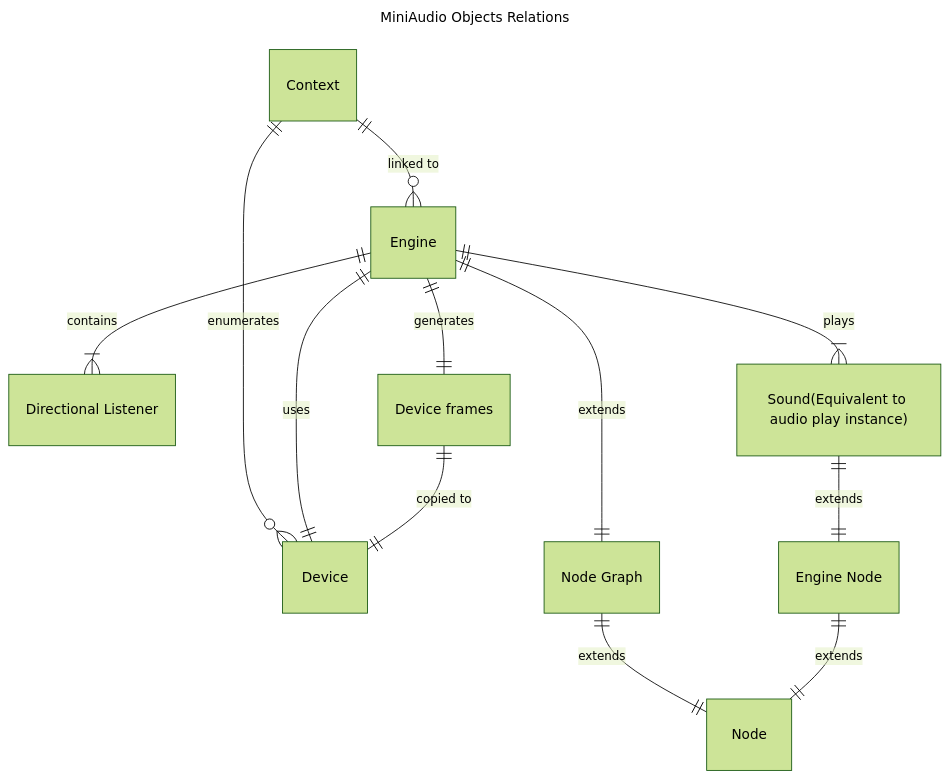
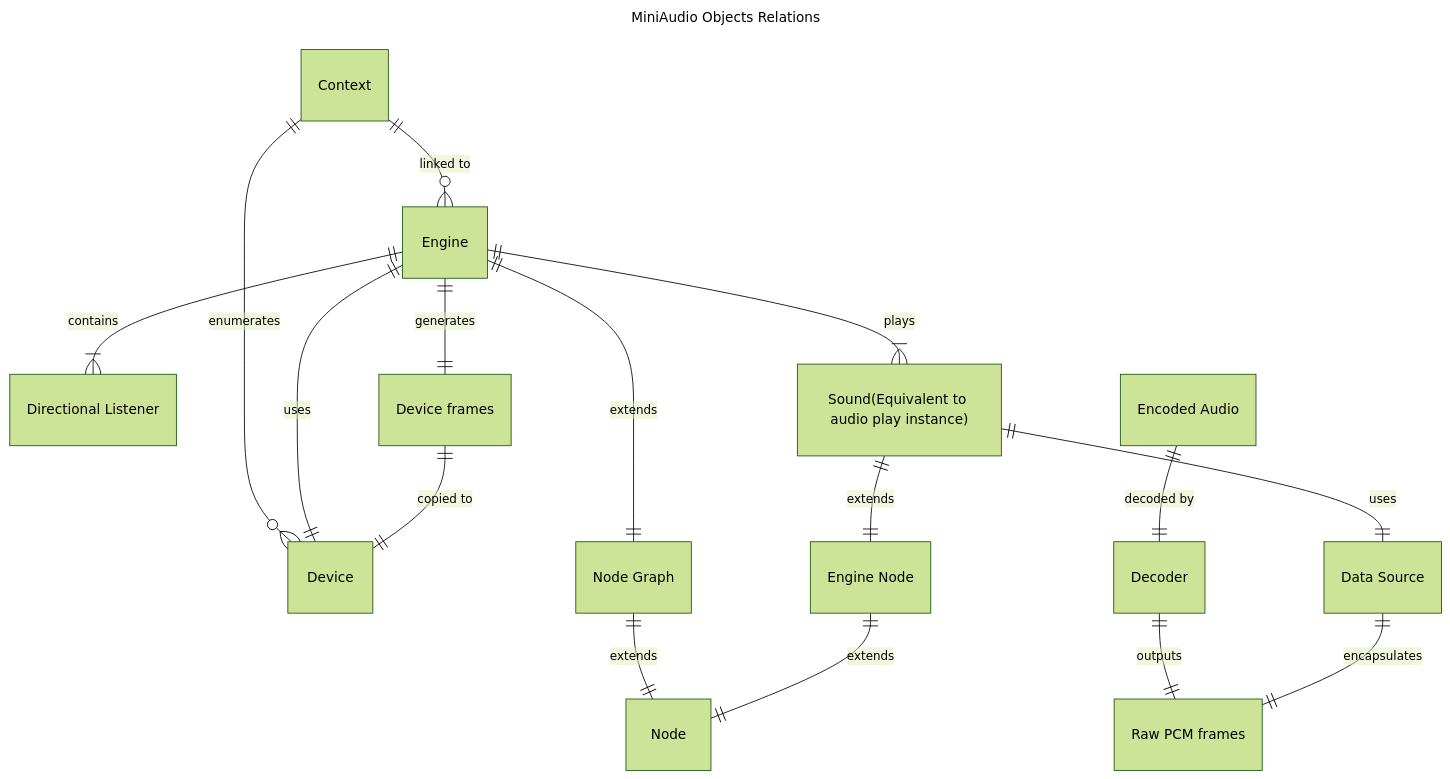
One commit to jeslaspravin/jeslaspravin.github.io changed the diagram in _posts/CranberryEngine/2024-11-22-Cranberry-Audio.md. Above: the diagram before and after it, drawn with Mermaid (forest theme). The commit also changed other lines of this file, not shown here.

```diff
--- a/_posts/CranberryEngine/2024-11-22-Cranberry-Audio.md
+++ b/_posts/CranberryEngine/2024-11-22-Cranberry-Audio.md
@@ -28,26 +28,35 @@
 <div class="mermaid">
 ---
 title: MiniAudio Objects Relations
 ---
 erDiagram
     ctx ||--o{ dev : enumerates
     ctx ||--o{ engine : "linked to"
     node_graph ||--|| node : extends
     eng_node ||--|| node : extends
     engine ||--|| node_graph : extends
     engine ||--|| dev : uses
     engine ||--|{ listener : contains
     engine ||--|{ sound : plays
     sound ||--|| eng_node : extends
+    sound ||--|| dat_src : uses
     engine ||--|| dev_frames : generates
     dev_frames ||--|| dev : "copied to"
+    enc_audio ||--|| decoder : "decoded by"
+    decoder ||--|| raw_pcm : "outputs"
+    dat_src ||--|| raw_pcm : "encapsulates"
+
     ctx["Context"]
     dev["Device"]
     engine["Engine"]
     listener["Directional Listener"]
     sound["Sound(Equivalent to audio play instance)"]
+    dat_src["Data Source"]
     dev_frames["Device frames"]
     node["Node"]
     eng_node["Engine Node"]
     node_graph["Node Graph"]
+    enc_audio["Encoded Audio"]
+    decoder["Decoder"]
+    raw_pcm["Raw PCM frames"]
 </div>
```
